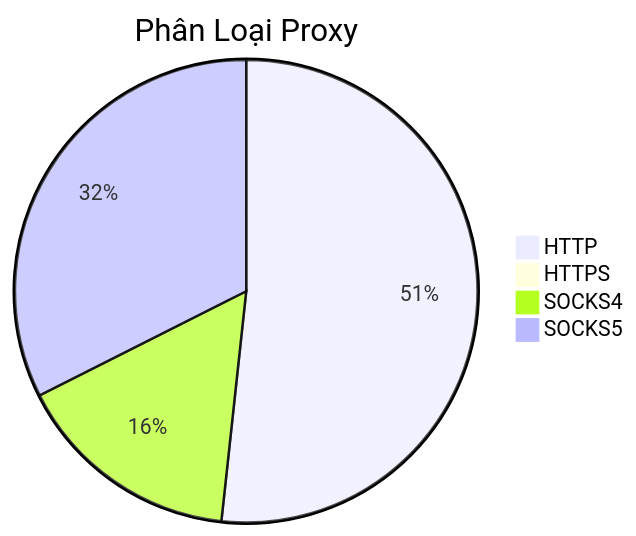
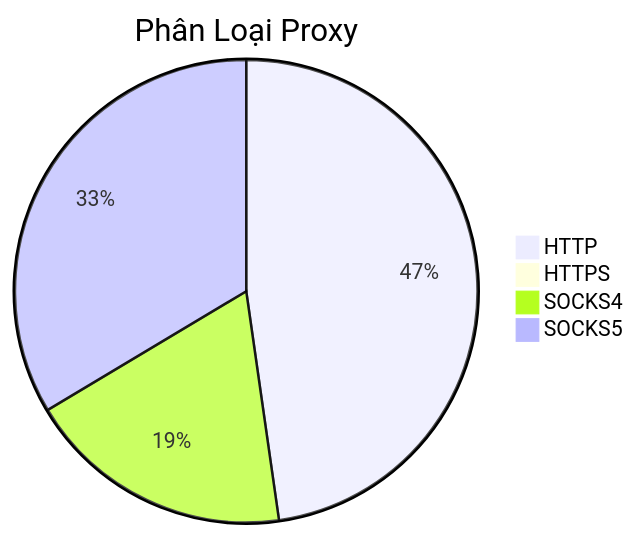
One commit to Ciara-Aa/PROXY-free changed the diagram in README.md. Above: the diagram before and after it, drawn with Mermaid. The commit also changed other lines of this file and 4 other files, not shown here.

````diff
--- a/README.md
+++ b/README.md
@@ -26,7 +26,7 @@
 ```mermaid
 pie title Phân Loại Proxy
-    "HTTP" : 362
+    "HTTP" : 327
     "HTTPS" : 5
-    "SOCKS4" : 111
-    "SOCKS5" : 227
+    "SOCKS4" : 128
+    "SOCKS5" : 230
 ```
````
